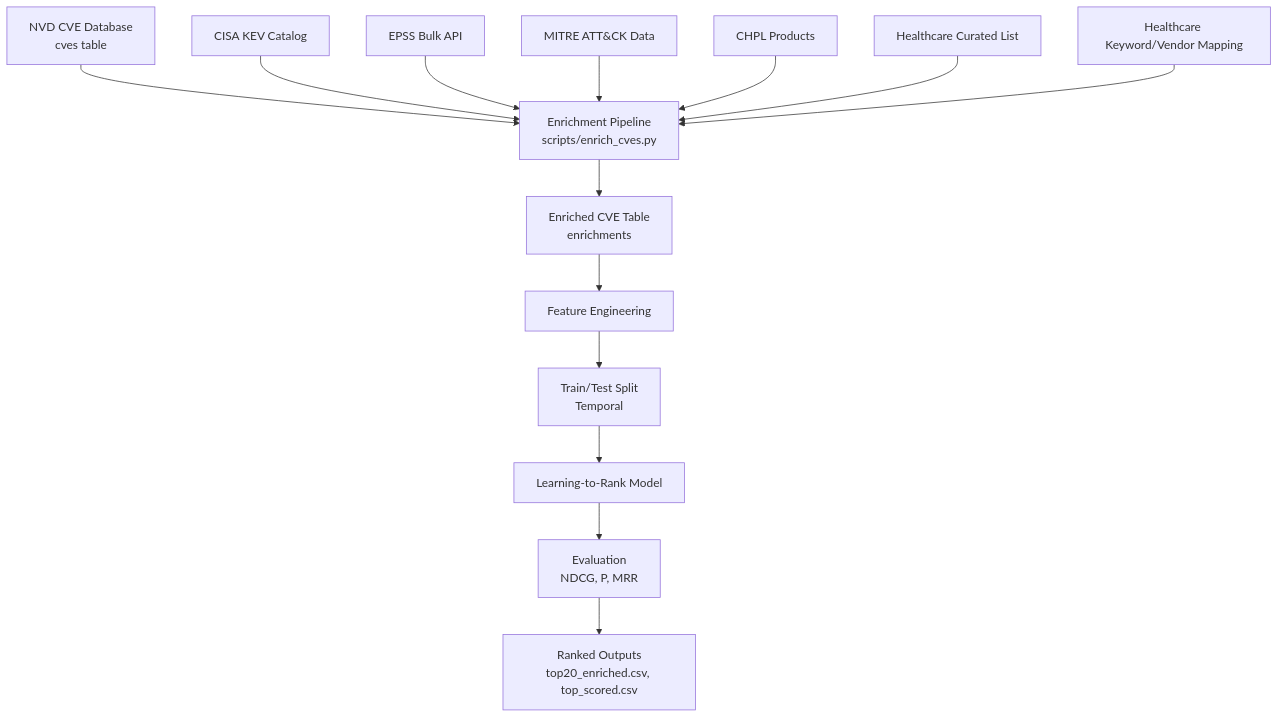
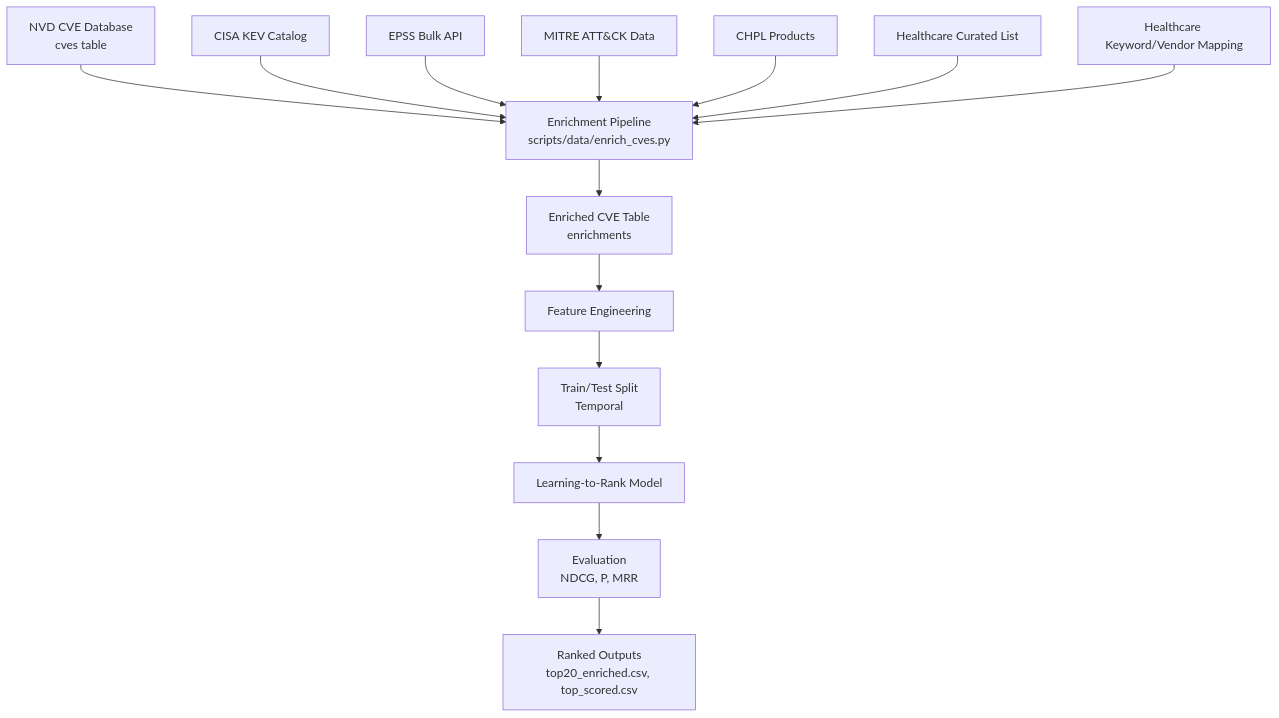
Before and after one commit to er-vinay-india/healthcare-vuln-prioritization-ltr: the diagram in cti_recommender/docs/diagrams/examiner_flowchart.mmd, drawn with Mermaid. The commit also changed 34 other files, not shown here.

```diff
--- a/cti_recommender/docs/diagrams/examiner_flowchart.mmd
+++ b/cti_recommender/docs/diagrams/examiner_flowchart.mmd
@@ -1,15 +1,15 @@
 flowchart TD
-    A[NVD CVE Database<br/>cves table] --> E[Enrichment Pipeline<br/>scripts/enrich_cves.py]
+    A[NVD CVE Database<br/>cves table] --> E[Enrichment Pipeline<br/>scripts/data/enrich_cves.py]
     B[CISA KEV Catalog] --> E
     C[EPSS Bulk API] --> E
     D[MITRE ATT&CK Data] --> E
     F[CHPL Products] --> E
     G[Healthcare Curated List] --> E
     H[Healthcare Keyword/Vendor Mapping] --> E
 
     E --> I[Enriched CVE Table<br/>enrichments]
     I --> J[Feature Engineering]
     J --> K[Train/Test Split<br/>Temporal]
     K --> L[Learning-to-Rank Model]
     L --> M[Evaluation<br/>NDCG, P, MRR]
     M --> N[Ranked Outputs<br/>top20_enriched.csv, top_scored.csv]
```
